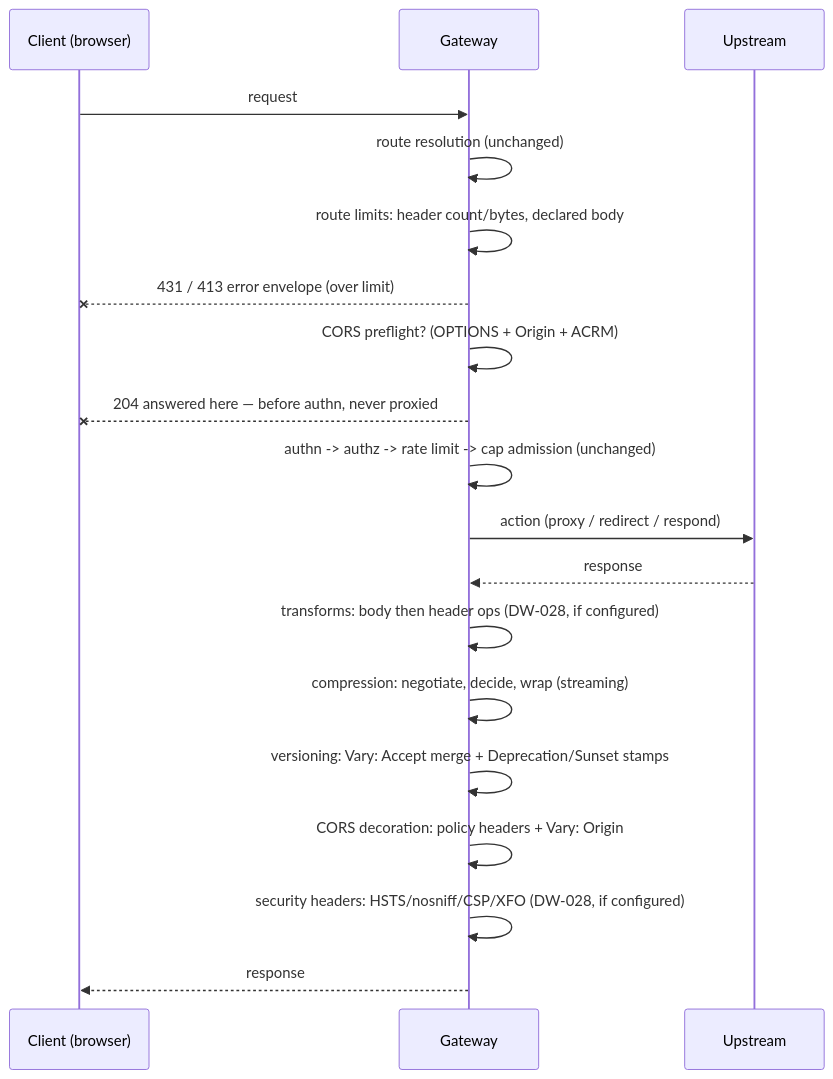
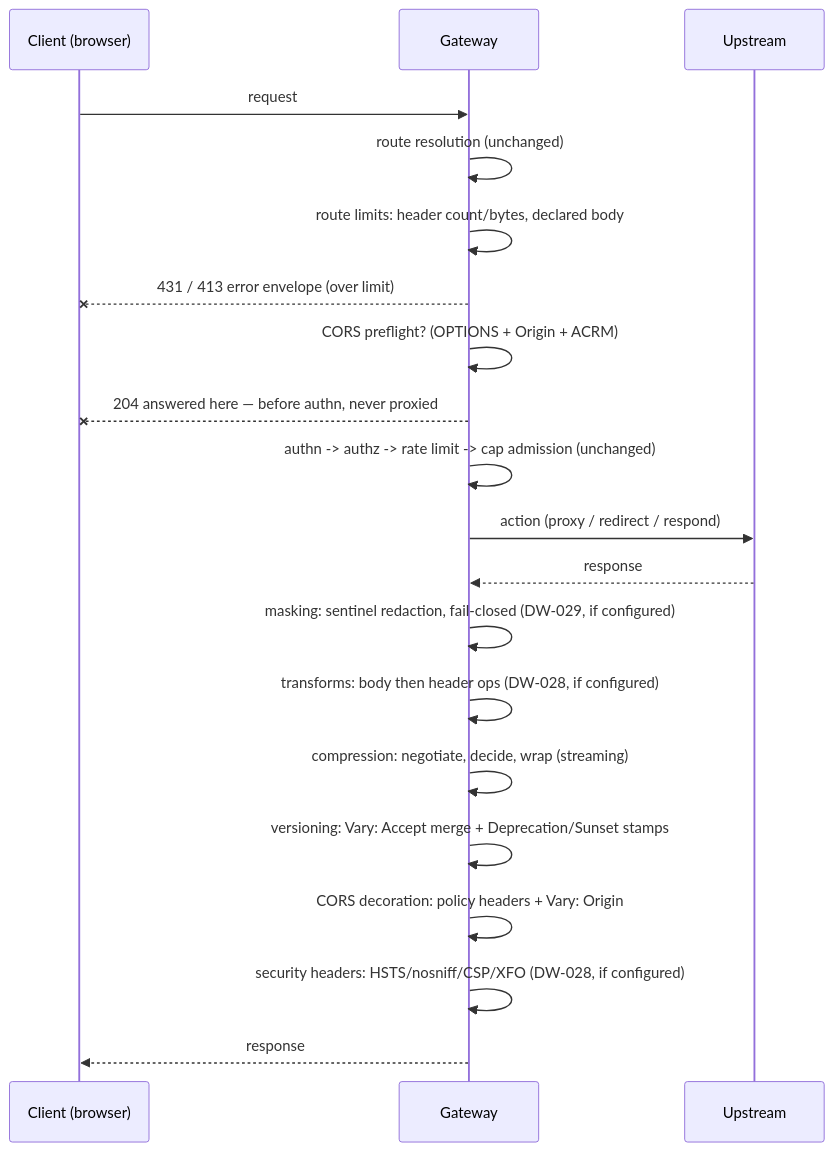
Before and after one commit to ShristiLabs/dwara: the diagram in docs/features/edge-policies.md, drawn with Mermaid. The commit also changed 23 other files, not shown here.

````diff
--- a/docs/features/edge-policies.md
+++ b/docs/features/edge-policies.md
@@ -42,22 +42,23 @@
 ```mermaid
 sequenceDiagram
     participant C as Client (browser)
     participant G as Gateway
     participant U as Upstream
 
     C->>G: request
     G->>G: route resolution (unchanged)
     G->>G: route limits: header count/bytes, declared body
     G--xC: 431 / 413 error envelope (over limit)
     G->>G: CORS preflight? (OPTIONS + Origin + ACRM)
     G--xC: 204 answered here — before authn, never proxied
     G->>G: authn -> authz -> rate limit -> cap admission (unchanged)
     G->>U: action (proxy / redirect / respond)
     U-->>G: response
+    G->>G: masking: sentinel redaction, fail-closed (DW-029, if configured)
     G->>G: transforms: body then header ops (DW-028, if configured)
     G->>G: compression: negotiate, decide, wrap (streaming)
     G->>G: versioning: Vary: Accept merge + Deprecation/Sunset stamps
     G->>G: CORS decoration: policy headers + Vary: Origin
     G->>G: security headers: HSTS/nosniff/CSP/XFO (DW-028, if configured)
     G-->>C: response
 ```
````
